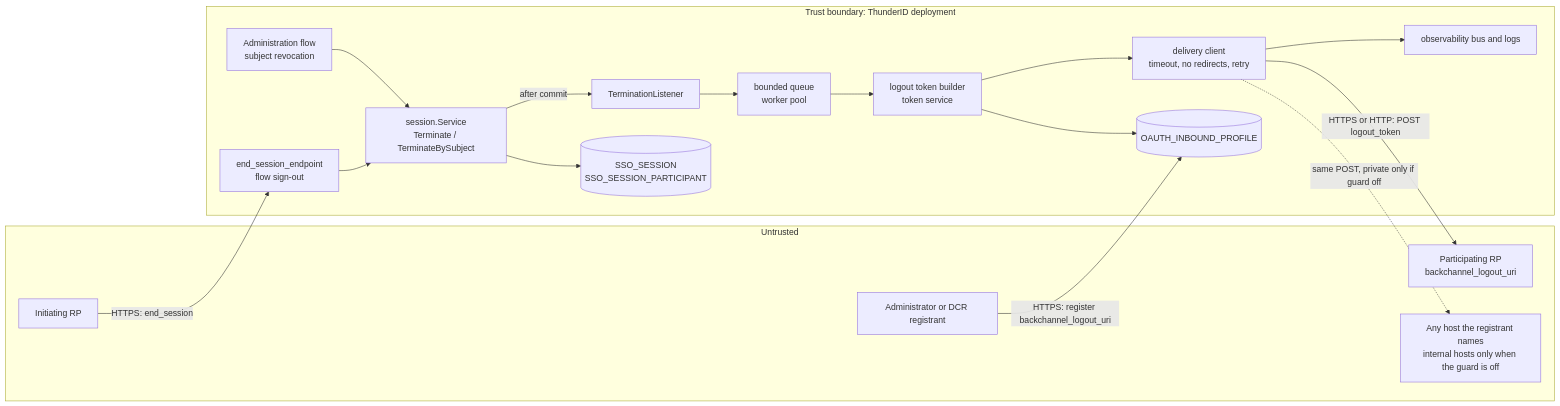
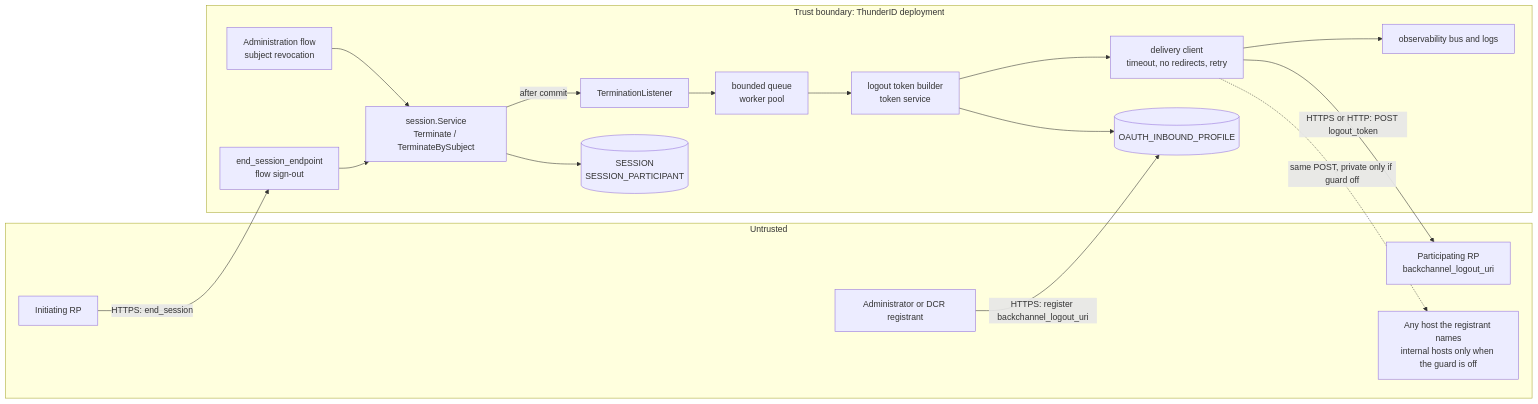
One commit to thunder-id/thunderid changed the first of 7 diagrams in docs-internals/back-channel-logout/threat-model.md. Above: the diagram before and after it, drawn with Mermaid. The commit also changed other lines of this file and 7 other files, not shown here.

````diff
--- a/docs-internals/back-channel-logout/threat-model.md
+++ b/docs-internals/back-channel-logout/threat-model.md
@@ -39,33 +39,33 @@
 ```mermaid
 flowchart LR
   subgraph Untrusted ["Untrusted"]
     ADMIN[Administrator or DCR registrant]
     RPA[Initiating RP]
     RPB[Participating RP<br/>backchannel_logout_uri]
     HOST[Any host the registrant names<br/>internal hosts only when the guard is off]
   end
   subgraph Trusted ["Trust boundary: ThunderID deployment"]
     ES[end_session_endpoint<br/>flow sign-out]
     ADMFLOW[Administration flow<br/>subject revocation]
     SESSVC[session.Service<br/>Terminate / TerminateBySubject]
     TL[TerminationListener]
     Q[bounded queue<br/>worker pool]
     MINT[logout token builder<br/>token service]
     DEL[delivery client<br/>timeout, no redirects, retry]
     CFG[(OAUTH_INBOUND_PROFILE)]
-    SESS[(SSO_SESSION<br/>SSO_SESSION_PARTICIPANT)]
+    SESS[(SESSION<br/>SESSION_PARTICIPANT)]
     OBS[observability bus and logs]
   end
   ADMIN -->|HTTPS: register backchannel_logout_uri| CFG
   RPA -->|HTTPS: end_session| ES
   ES --> SESSVC
   ADMFLOW --> SESSVC
   SESSVC --> SESS
   SESSVC -->|after commit| TL
   TL --> Q --> MINT
   MINT --> CFG
   MINT --> DEL
   DEL -->|HTTPS or HTTP: POST logout_token| RPB
   DEL -.->|same POST, private only if guard off| HOST
   DEL --> OBS
 ```
````
